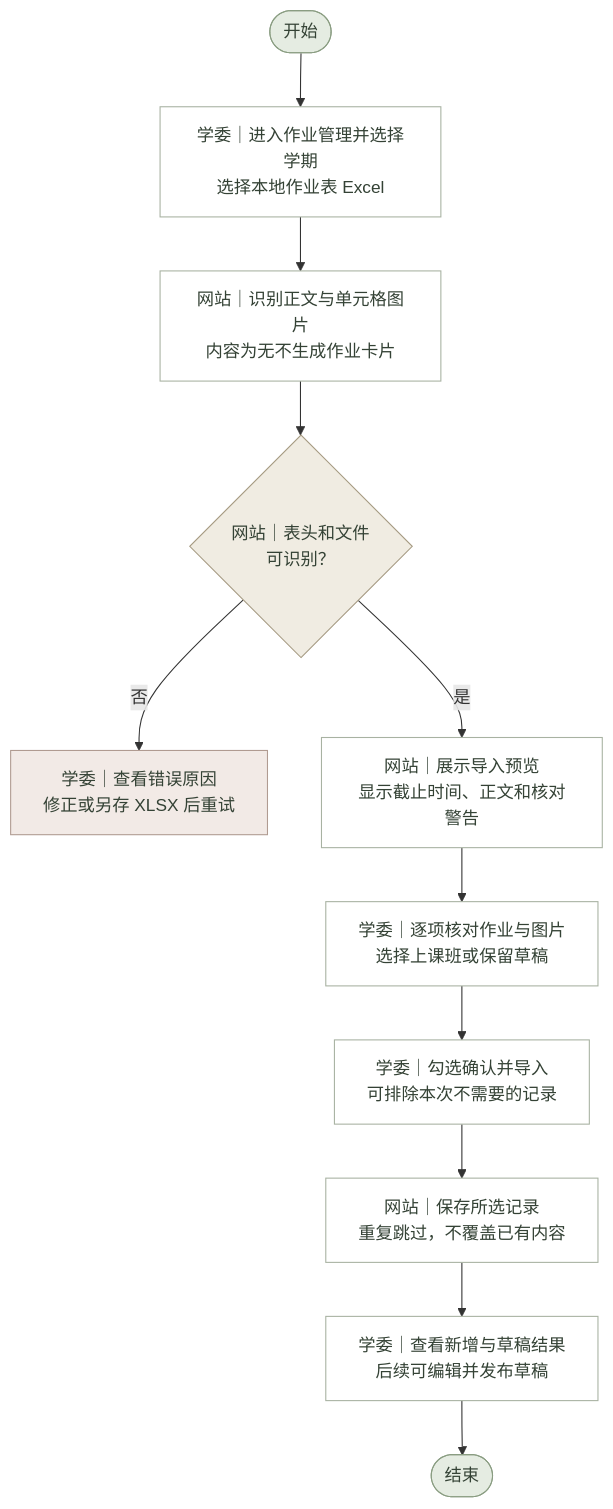
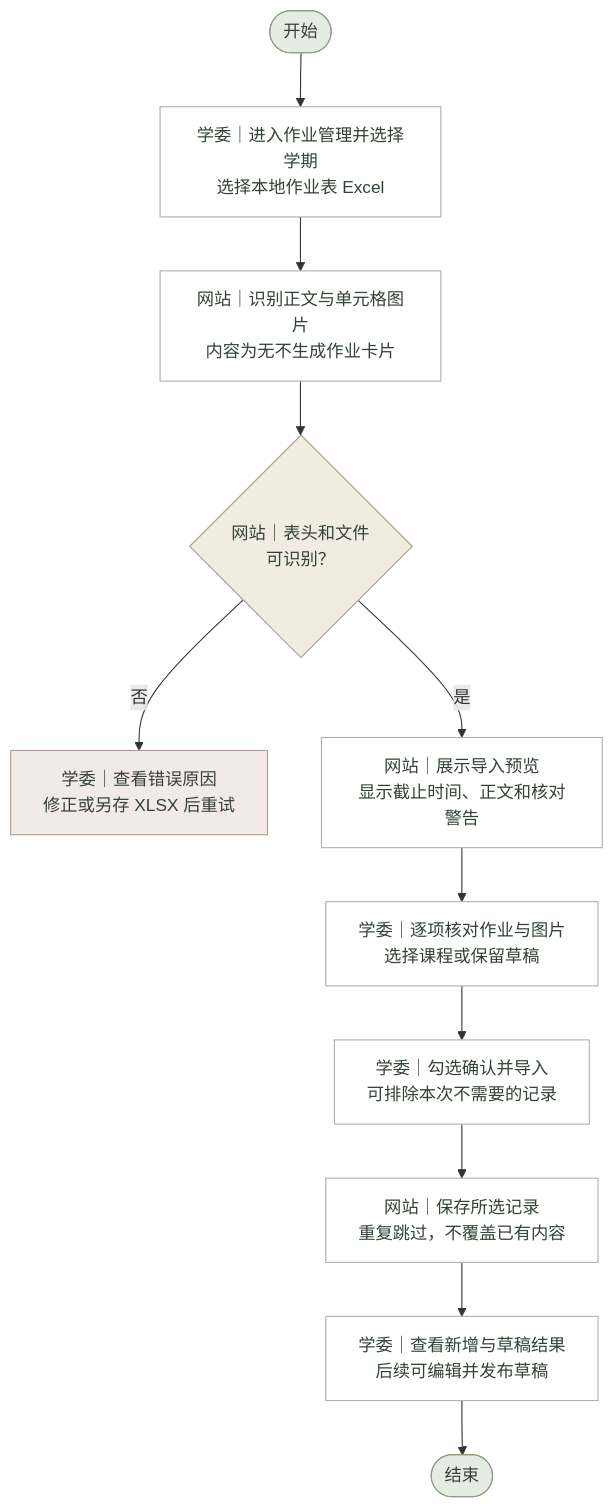
One commit to lichen-lc123/class-assistant changed the diagram in 需求文档/作业功能/流程图源文件/业务流程图/Excel作业导入.mmd. Above: the diagram before and after it, drawn with Mermaid. The commit also changed 149 other files, not shown here.

```diff
--- a/需求文档/作业功能/流程图源文件/业务流程图/Excel作业导入.mmd
+++ b/需求文档/作业功能/流程图源文件/业务流程图/Excel作业导入.mmd
@@ -1,39 +1,39 @@
-%% Excel作业导入 · 业务流程图 · V1.0 · 2026-11-04
+%% Excel作业导入 · 业务流程图 · V1.0 · 2026-11-06
 flowchart TD
     N0(["开始"])
     N1["学委｜进入作业管理并选择学期<br/>选择本地作业表 Excel"]
     N2["网站｜识别正文与单元格图片<br/>内容为无不生成作业卡片"]
     N3{"网站｜表头和文件<br/>可识别？"}
     B3["学委｜查看错误原因<br/>修正或另存 XLSX 后重试"]
     N4["网站｜展示导入预览<br/>显示截止时间、正文和核对警告"]
-    N5["学委｜逐项核对作业与图片<br/>选择上课班或保留草稿"]
+    N5["学委｜逐项核对作业与图片<br/>选择课程或保留草稿"]
     N6["学委｜勾选确认并导入<br/>可排除本次不需要的记录"]
     N7["网站｜保存所选记录<br/>重复跳过，不覆盖已有内容"]
     N8["学委｜查看新增与草稿结果<br/>后续可编辑并发布草稿"]
     N9(["结束"])
     N0 --> N1
     N1 --> N2
     N2 --> N3
     N3 -->|否| B3
     N3 -->|是| N4
     N4 --> N5
     N5 --> N6
     N6 --> N7
     N7 --> N8
     N8 --> N9
     classDef normal fill:#FFFFFF,stroke:#A8B2A2,color:#344235;
     classDef decision fill:#F0ECE2,stroke:#A69B83,color:#344235;
     classDef terminal fill:#E5ECE2,stroke:#8A9D82,color:#344235;
     classDef exception fill:#F2EAE6,stroke:#B09B91,color:#344235;
     classDef database fill:#E7EDF0,stroke:#8A9CA6,color:#344235;
     class N0 terminal;
     class N1 normal;
     class N2 normal;
     class N3 decision;
     class B3 exception;
     class N4 normal;
     class N5 normal;
     class N6 normal;
     class N7 normal;
     class N8 normal;
     class N9 terminal;
```
